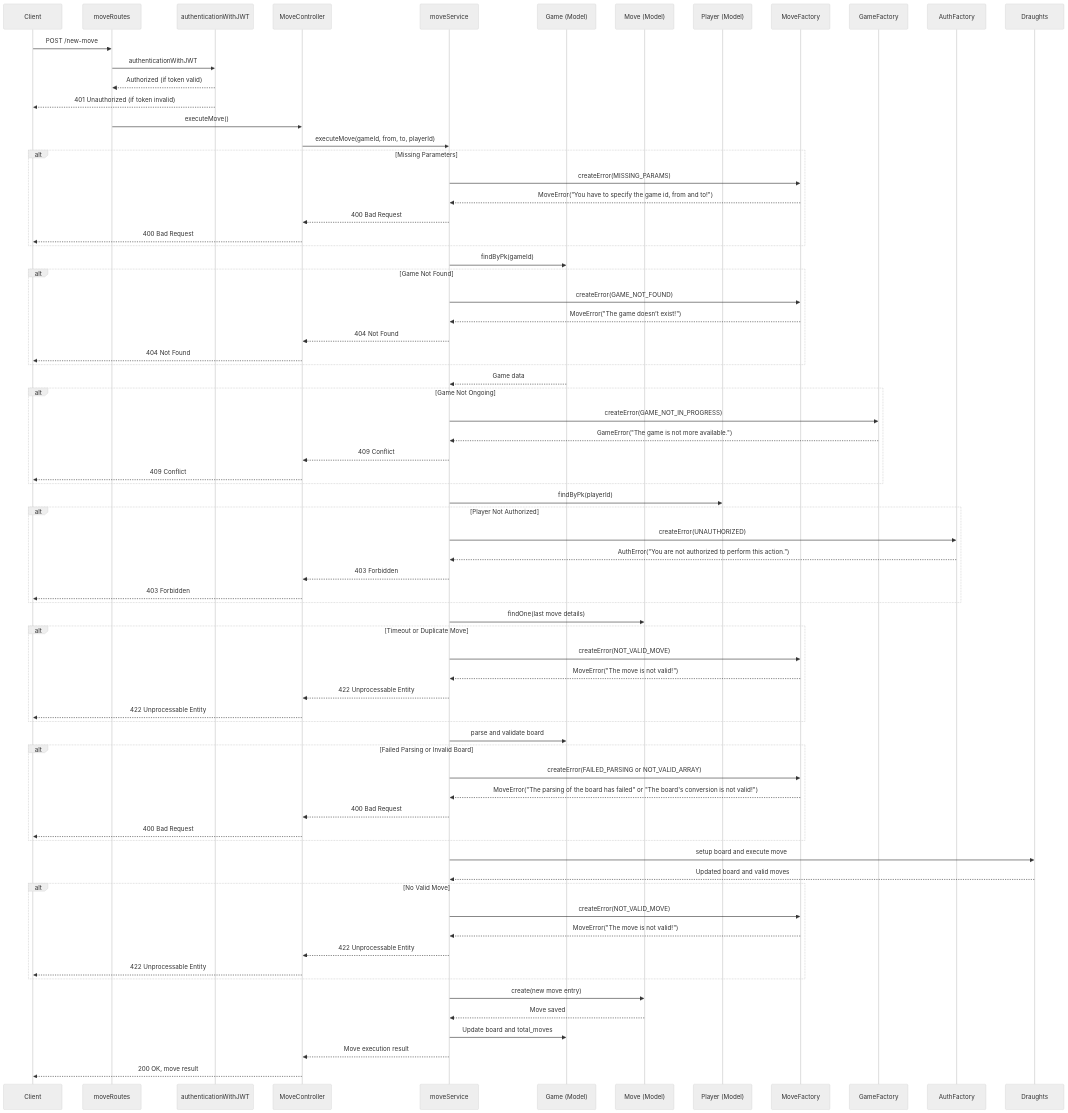
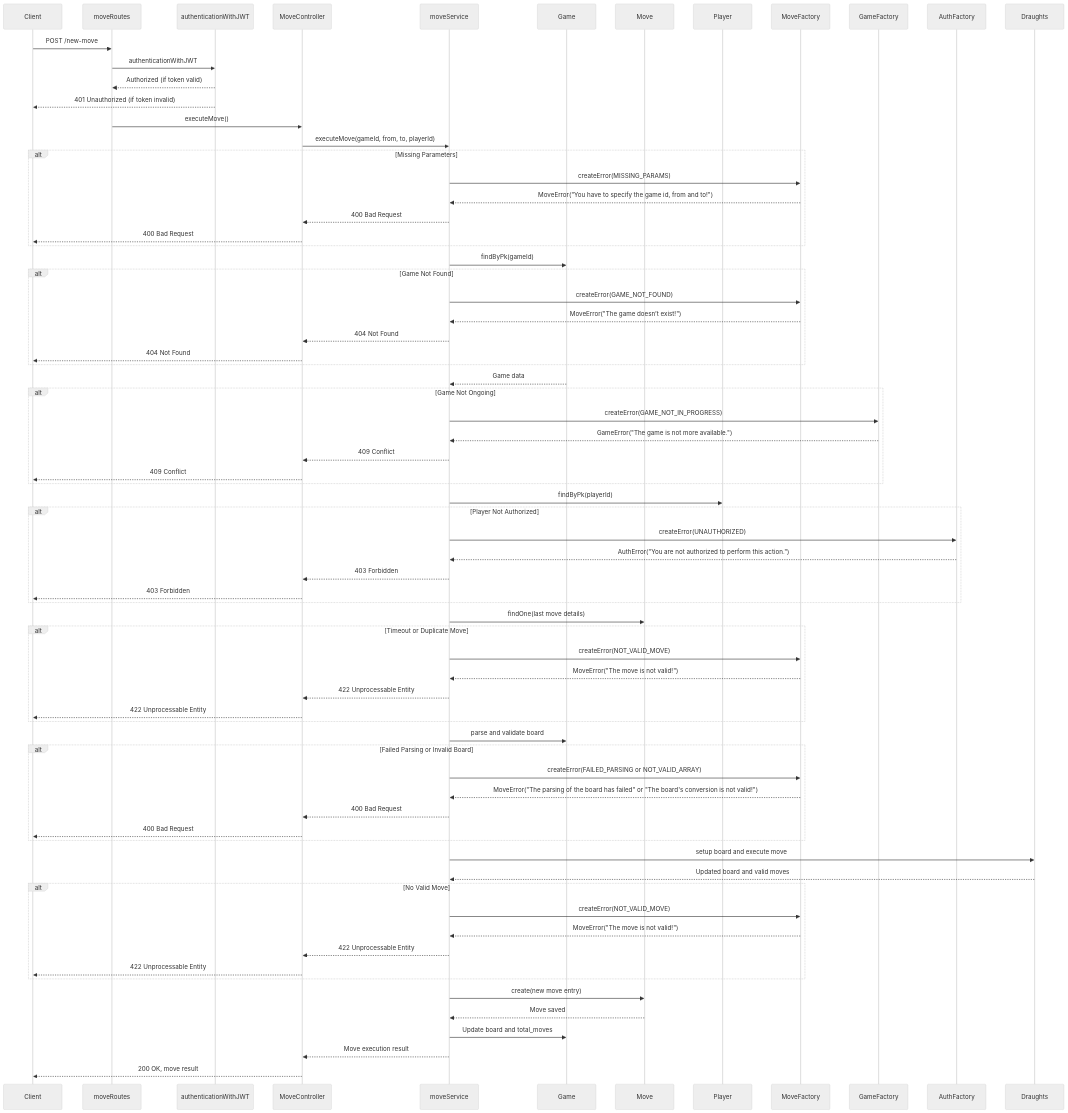
The fourth of 12 diagrams in README.md (AndreaMarini01/progetto_PA), drawn with Mermaid (neutral theme) before and after one commit. The commit also changed other lines of this file, not shown here.

```diff
--- a/README.md
+++ b/README.md
@@ -301,9 +301,9 @@
     participant JWTAuth as authenticationWithJWT
     participant MoveController as MoveController
     participant MoveService as moveService
-    participant Game as Game (Model)
-    participant Move as Move (Model)
-    participant Player as Player (Model)
+    participant Game as Game
+    participant Move as Move
+    participant Player as Player
 
     Client->>MoveRoute: POST /new-move
     MoveRoute->>JWTAuth: authenticationWithJWT
```
